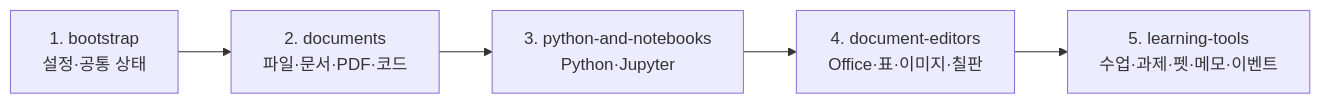
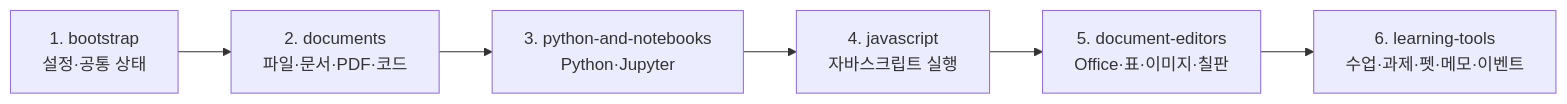
One commit to songhwaseong/ClassDock changed the diagram in docs/JS-파일별-기능.md. Above: the diagram before and after it, drawn with Mermaid. The commit also changed other lines of this file and 16 other files, not shown here.

````diff
--- a/docs/JS-파일별-기능.md
+++ b/docs/JS-파일별-기능.md
@@ -18,7 +18,8 @@
 ```mermaid
 flowchart LR
   A["1. bootstrap<br/>설정·공통 상태"] --> B["2. documents<br/>파일·문서·PDF·코드"]
   B --> C["3. python-and-notebooks<br/>Python·Jupyter"]
-  C --> D["4. document-editors<br/>Office·표·이미지·칠판"]
-  D --> E["5. learning-tools<br/>수업·과제·펫·메모·이벤트"]
+  C --> D["4. javascript<br/>자바스크립트 실행"]
+  D --> E["5. document-editors<br/>Office·표·이미지·칠판"]
+  E --> F["6. learning-tools<br/>수업·과제·펫·메모·이벤트"]
 ```
````
